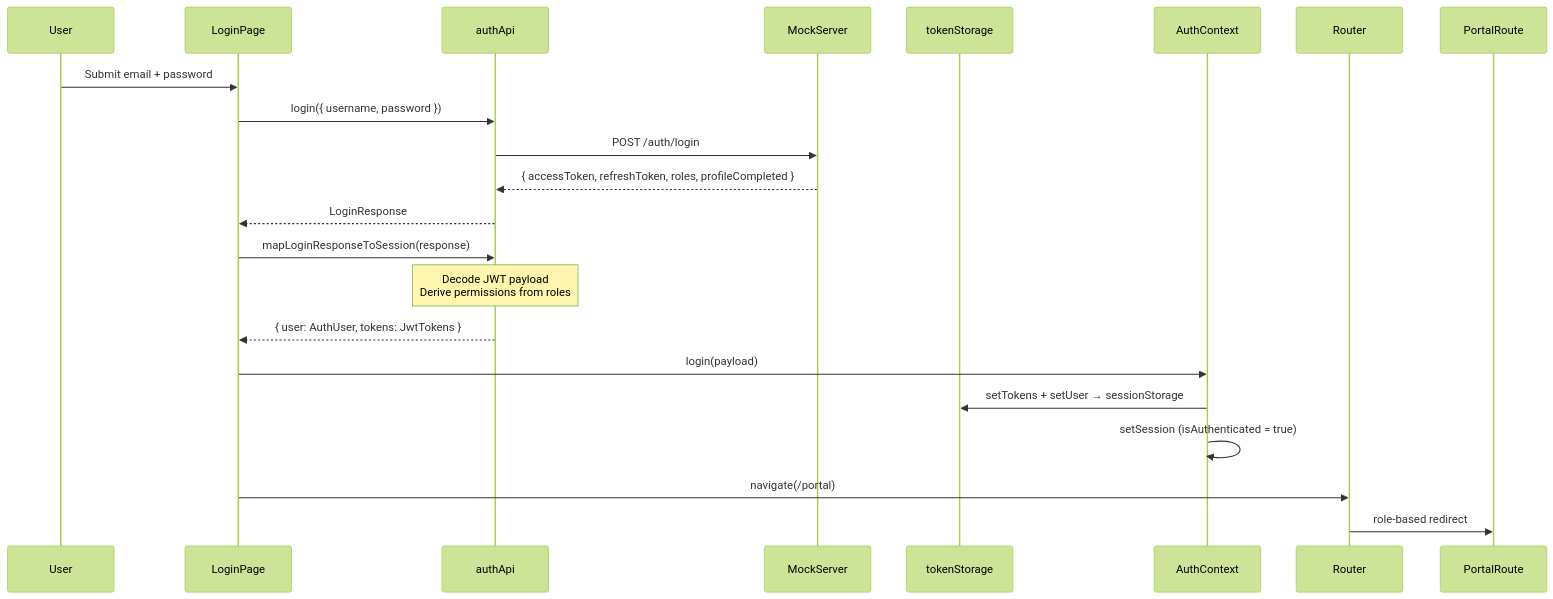
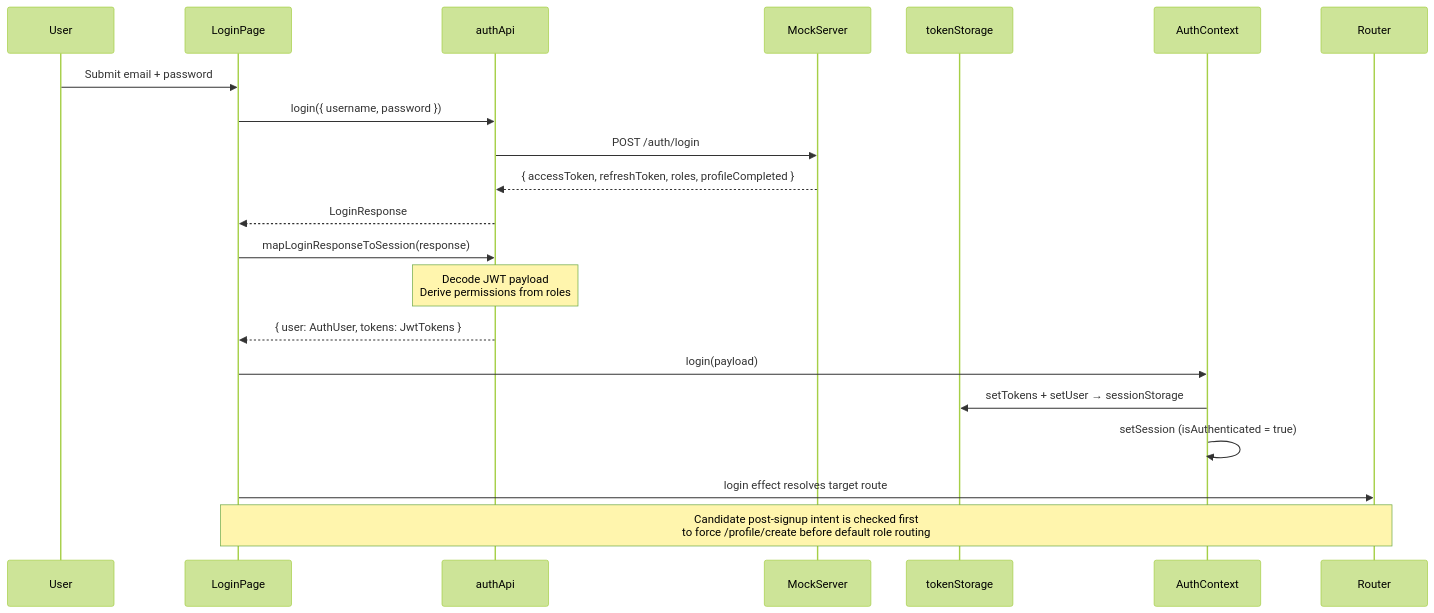
One commit to PiyalChatterjee/skills-mine-frontend changed the fourth of 11 diagrams in ARCHITECTURE.md. Above: the diagram before and after it, drawn with Mermaid (forest theme). The commit also changed other lines of this file and 34 other files, not shown here.

````diff
--- a/ARCHITECTURE.md
+++ b/ARCHITECTURE.md
@@ -179,23 +179,23 @@
 ```mermaid
 sequenceDiagram
     participant User
     participant LoginPage
     participant authApi
     participant MockServer
     participant tokenStorage
     participant AuthContext
 
     User->>LoginPage: Submit email + password
     LoginPage->>authApi: login({ username, password })
     authApi->>MockServer: POST /auth/login
     MockServer-->>authApi: { accessToken, refreshToken, roles, profileCompleted }
     authApi-->>LoginPage: LoginResponse
     LoginPage->>authApi: mapLoginResponseToSession(response)
     Note over authApi: Decode JWT payload<br/>Derive permissions from roles
     authApi-->>LoginPage: { user: AuthUser, tokens: JwtTokens }
     LoginPage->>AuthContext: login(payload)
     AuthContext->>tokenStorage: setTokens + setUser → sessionStorage
     AuthContext->>AuthContext: setSession (isAuthenticated = true)
-    LoginPage->>Router: navigate(/portal)
-    Router->>PortalRoute: role-based redirect
+    LoginPage->>Router: login effect resolves target route
+    Note over LoginPage,Router: Candidate post-signup intent is checked first<br/>to force /profile/create before default role routing
 ```
````
